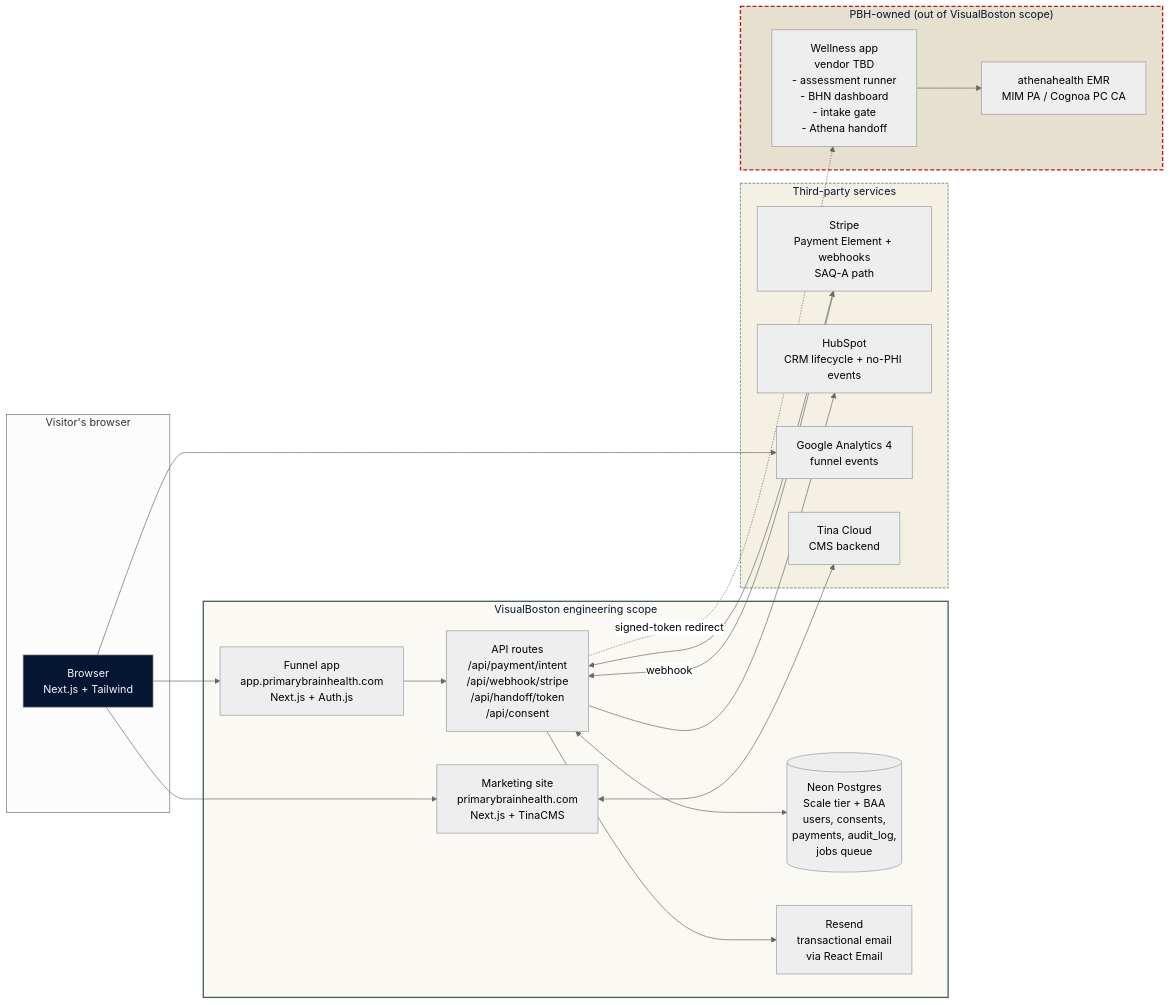
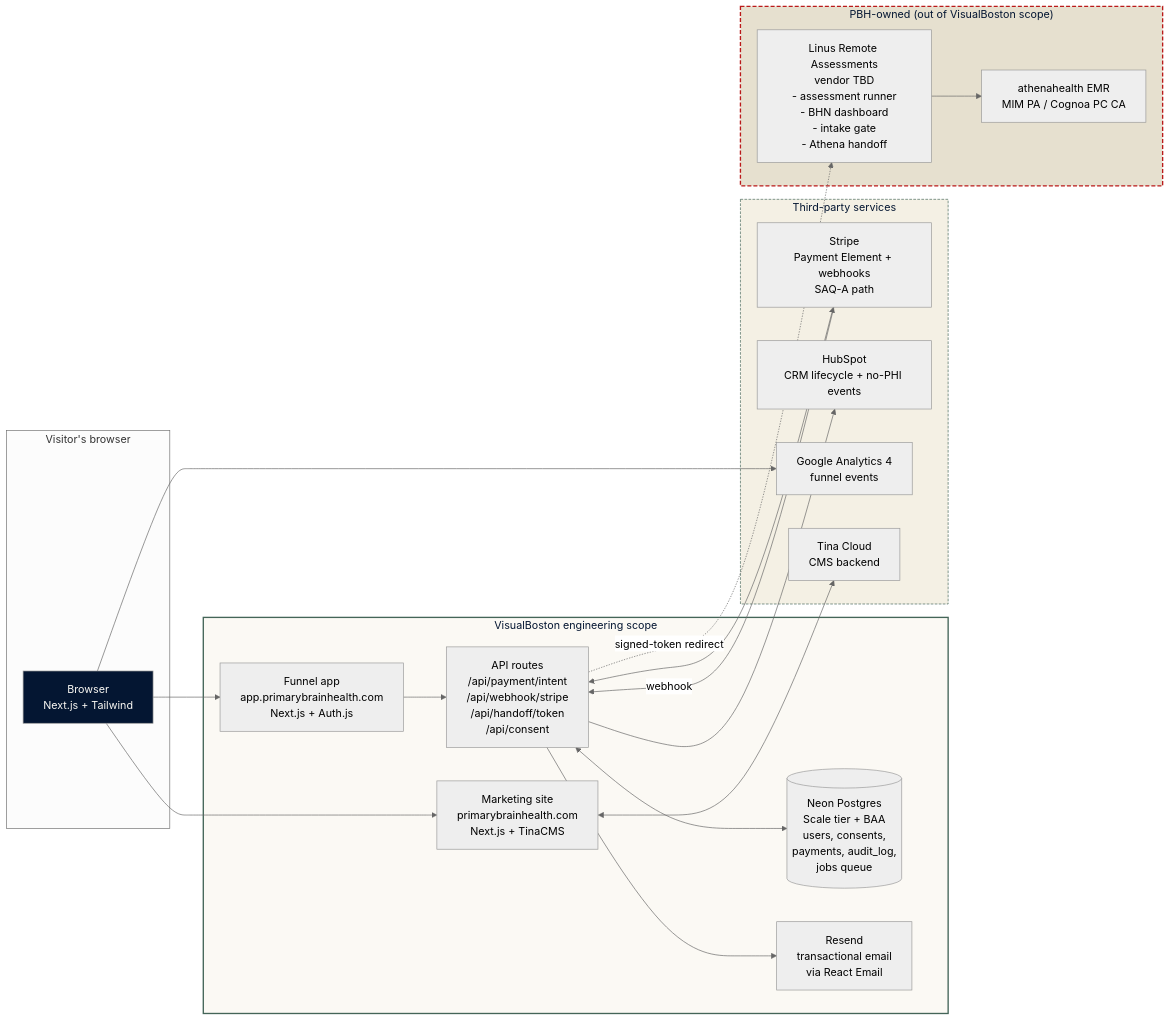
Before and after one commit to dbates-commits/primary-brain-health: the third of 3 diagrams in docs/sow2/technical/flow-diagrams.md, drawn with Mermaid (neutral theme). The commit also changed other lines of this file and 7 other files, not shown here.

First line of the commit message:
docs(sow2): rename "wellness app" to "Linus Remote Assessments"

````diff
--- a/docs/sow2/technical/flow-diagrams.md
+++ b/docs/sow2/technical/flow-diagrams.md
@@ -113,44 +113,44 @@
 ```mermaid
 graph LR
     subgraph Visitor["Visitor's browser"]
         Browser[Browser<br/>Next.js + Tailwind]
     end
 
     subgraph VBScope["VisualBoston engineering scope"]
         Marketing[Marketing site<br/>primarybrainhealth.com<br/>Next.js + TinaCMS]
         Funnel[Funnel app<br/>app.primarybrainhealth.com<br/>Next.js + Auth.js]
         API[API routes<br/>/api/payment/intent<br/>/api/webhook/stripe<br/>/api/handoff/token<br/>/api/consent]
         Neon[(Neon Postgres<br/>Scale tier + BAA<br/>users, consents,<br/>payments, audit_log,<br/>jobs queue)]
         Resend[Resend<br/>transactional email<br/>via React Email]
     end
 
     subgraph ThirdParty["Third-party services"]
         Stripe[Stripe<br/>Payment Element + webhooks<br/>SAQ-A path]
         HubSpot[HubSpot<br/>CRM lifecycle + no-PHI events]
         GA4[Google Analytics 4<br/>funnel events]
         TinaCloud[Tina Cloud<br/>CMS backend]
     end
 
     subgraph PBHScope["PBH-owned (out of VisualBoston scope)"]
-        WellnessApp[Wellness app<br/>vendor TBD<br/>- assessment runner<br/>- BHN dashboard<br/>- intake gate<br/>- Athena handoff]
+        WellnessApp[Linus Remote Assessments<br/>vendor TBD<br/>- assessment runner<br/>- BHN dashboard<br/>- intake gate<br/>- Athena handoff]
         Athena[athenahealth EMR<br/>MIM PA / Cognoa PC CA]
     end
 
     Browser --> Marketing
     Browser --> Funnel
     Funnel --> API
     API <--> Neon
     API <--> Stripe
     API --> Resend
     API --> HubSpot
     Browser --> GA4
     Marketing <--> TinaCloud
     Stripe -->|webhook| API
     API -.->|signed-token redirect| WellnessApp
     WellnessApp --> Athena
 
     style VBScope fill:#fbf9f4,color:#041632,stroke:#446558,stroke-width:2px
     style ThirdParty fill:#f4f0e4,color:#041632,stroke:#446558,stroke-width:1px,stroke-dasharray: 4 2
     style PBHScope fill:#e6e0cf,color:#041632,stroke:#ba1a1a,stroke-width:2px,stroke-dasharray: 6 3
     style Browser fill:#041632,color:#fbf9f4
 ```
````
